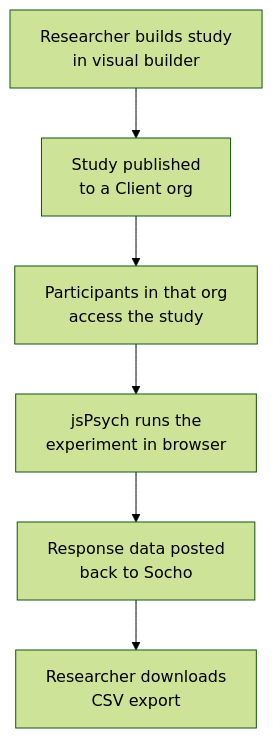
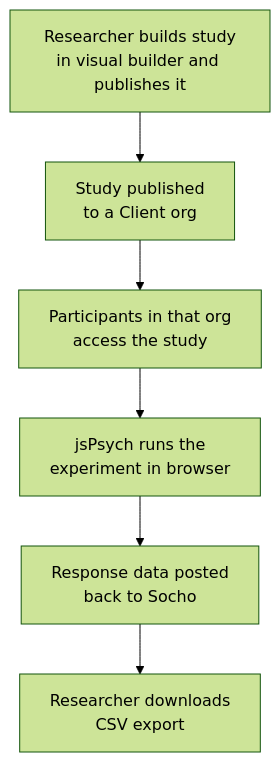
One commit to tattle-made/socho changed the first of 8 diagrams in docs/dev-guides/01-overview-and-key-features.md. Above: the diagram before and after it, drawn with Mermaid (forest theme). The commit also changed other lines of this file, not shown here.

Commit message:
fix: dev-guide docs

````diff
--- a/docs/dev-guides/01-overview-and-key-features.md
+++ b/docs/dev-guides/01-overview-and-key-features.md
@@ -8,8 +8,8 @@
 ```mermaid
 flowchart TD
-    A[Researcher builds study\nin visual builder] --> B[Study published\nto a Client org]
+    A[Researcher builds study\nin visual builder and publishes it] --> B[Study published\nto a Client org]
     B --> C[Participants in that org\naccess the study]
     C --> D[jsPsych runs the\nexperiment in browser]
     D --> E[Response data posted\nback to Socho]
     E --> F[Researcher downloads\nCSV export]
 ```
````
